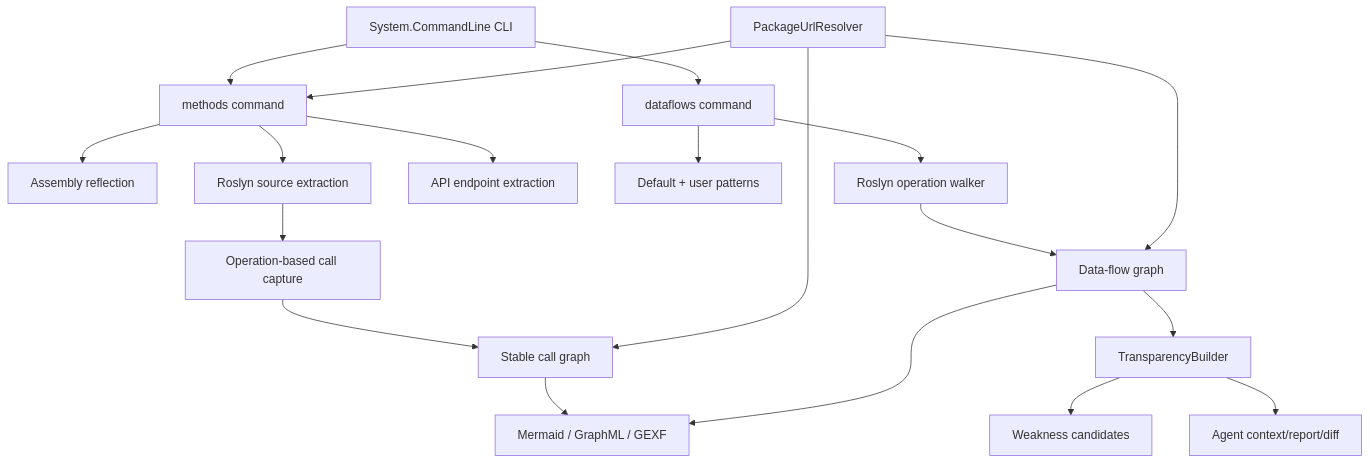
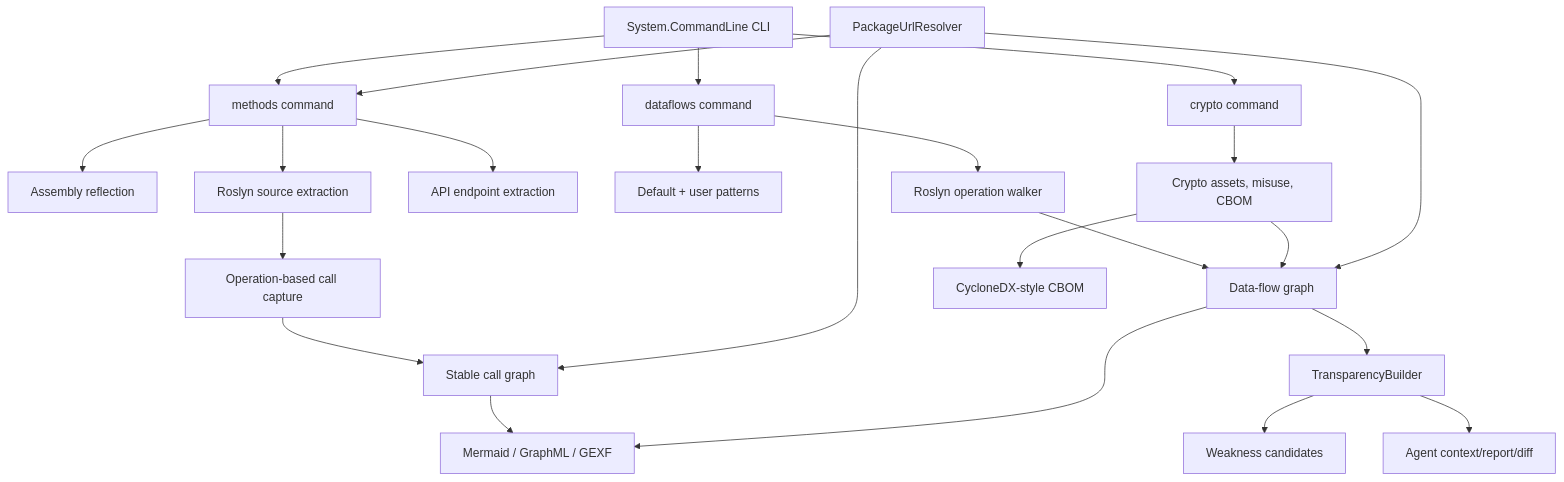
One commit to owasp-dep-scan/dosai changed the first of 2 diagrams in docs/compiler-engineering.md. Above: the diagram before and after it, drawn with Mermaid. The commit also changed other lines of this file and 6 other files, not shown here.

````diff
--- a/docs/compiler-engineering.md
+++ b/docs/compiler-engineering.md
@@ -7,21 +7,25 @@
 ```mermaid
 flowchart TD
     CLI[System.CommandLine CLI] --> Methods[methods command]
     CLI --> Dataflows[dataflows command]
+    CLI --> Crypto[crypto command]
     Methods --> Reflection[Assembly reflection]
     Methods --> Source[Roslyn source extraction]
     Methods --> Endpoints[API endpoint extraction]
     Source --> Calls[Operation-based call capture]
     Calls --> CallGraph[Stable call graph]
     Dataflows --> Patterns[Default + user patterns]
     Dataflows --> DFRoslyn[Roslyn operation walker]
     DFRoslyn --> DFGraph[Data-flow graph]
+    Crypto --> CryptoAnalyzer[Crypto assets, misuse, CBOM]
+    CryptoAnalyzer --> CBOM[CycloneDX-style CBOM]
+    CryptoAnalyzer --> DFGraph
     PURL[PackageUrlResolver] --> Methods
     PURL --> CallGraph
     PURL --> DFGraph
     DFGraph --> Transparency[TransparencyBuilder]
     Transparency --> Weakness[Weakness candidates]
     Transparency --> Agent[Agent context/report/diff]
     CallGraph --> Exporters[Mermaid / GraphML / GEXF]
     DFGraph --> Exporters
 ```
````
